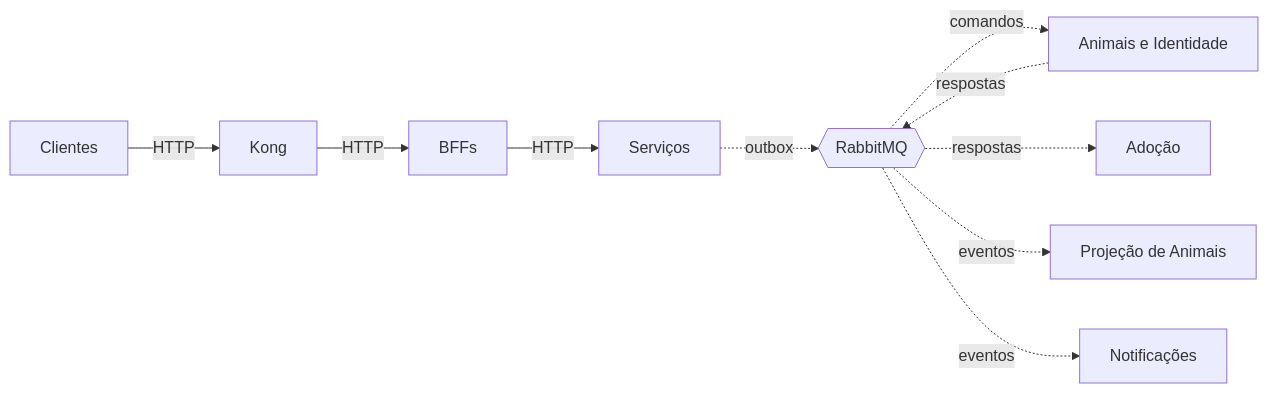
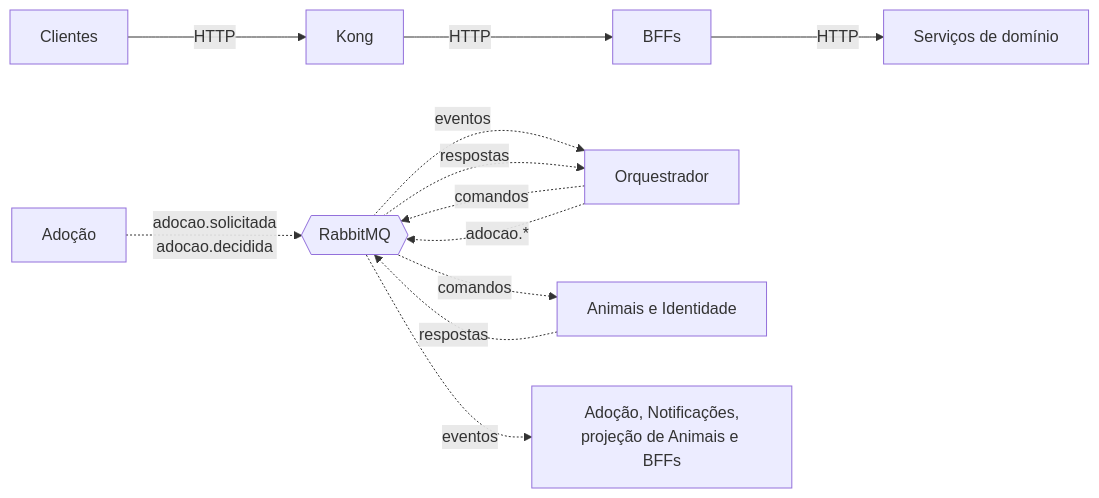
One commit to gxbreus/ampara changed the second of 2 diagrams in docs/arquitetura.md. Above: the diagram before and after it, drawn with Mermaid. The commit also changed other lines of this file, not shown here.

First line of the commit message:
docs: separa o Orquestrador da Adoção e põe a mensageria abaixo do gateway

````diff
--- a/docs/arquitetura.md
+++ b/docs/arquitetura.md
@@ -76,12 +113,14 @@
 ```mermaid
 flowchart LR
     C[Clientes] -->|HTTP| GW[Kong]
     GW -->|HTTP| BFF[BFFs]
-    BFF -->|HTTP| S[Serviços]
-    S -. outbox .-> MQ{{RabbitMQ}}
-    MQ -. comandos .-> P[Animais e Identidade]
-    P -. respostas .-> MQ
-    MQ -. respostas .-> AD[Adoção]
-    MQ -. eventos .-> PR[Projeção de Animais]
-    MQ -. eventos .-> NO[Notificações]
+    BFF -->|HTTP| S[Serviços de domínio]
+    AD[Adoção] -.->|"adocao.solicitada<br/>adocao.decidida"| MQ{{RabbitMQ}}
+    MQ -.->|eventos| OR[Orquestrador]
+    OR -.->|comandos| MQ
+    MQ -.->|comandos| P[Animais e Identidade]
+    P -.->|respostas| MQ
+    MQ -.->|respostas| OR
+    OR -.->|"adocao.*"| MQ
+    MQ -.->|eventos| CONS[Adoção, Notificações,<br/>projeção de Animais e BFFs]
 ```
````
